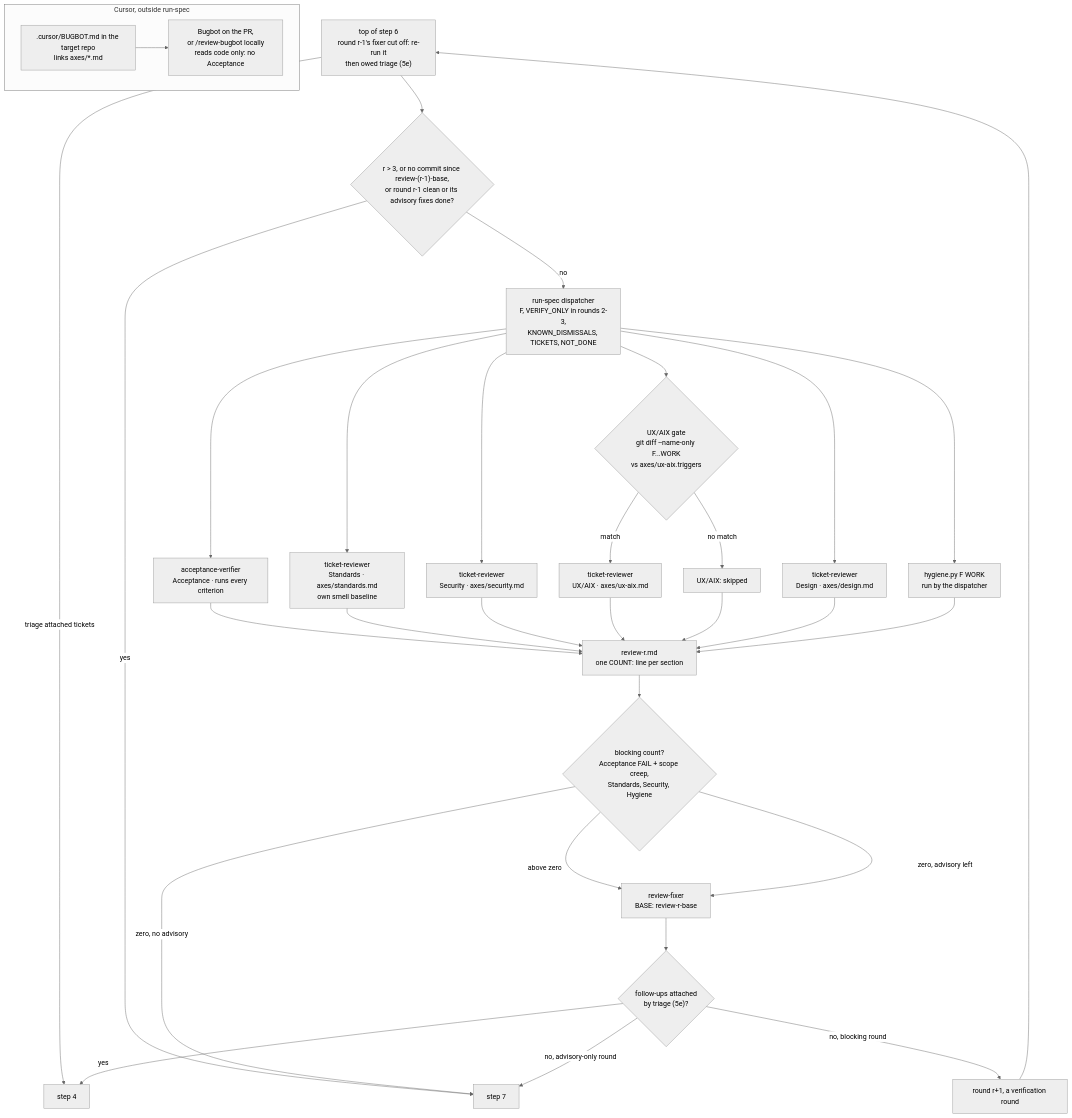
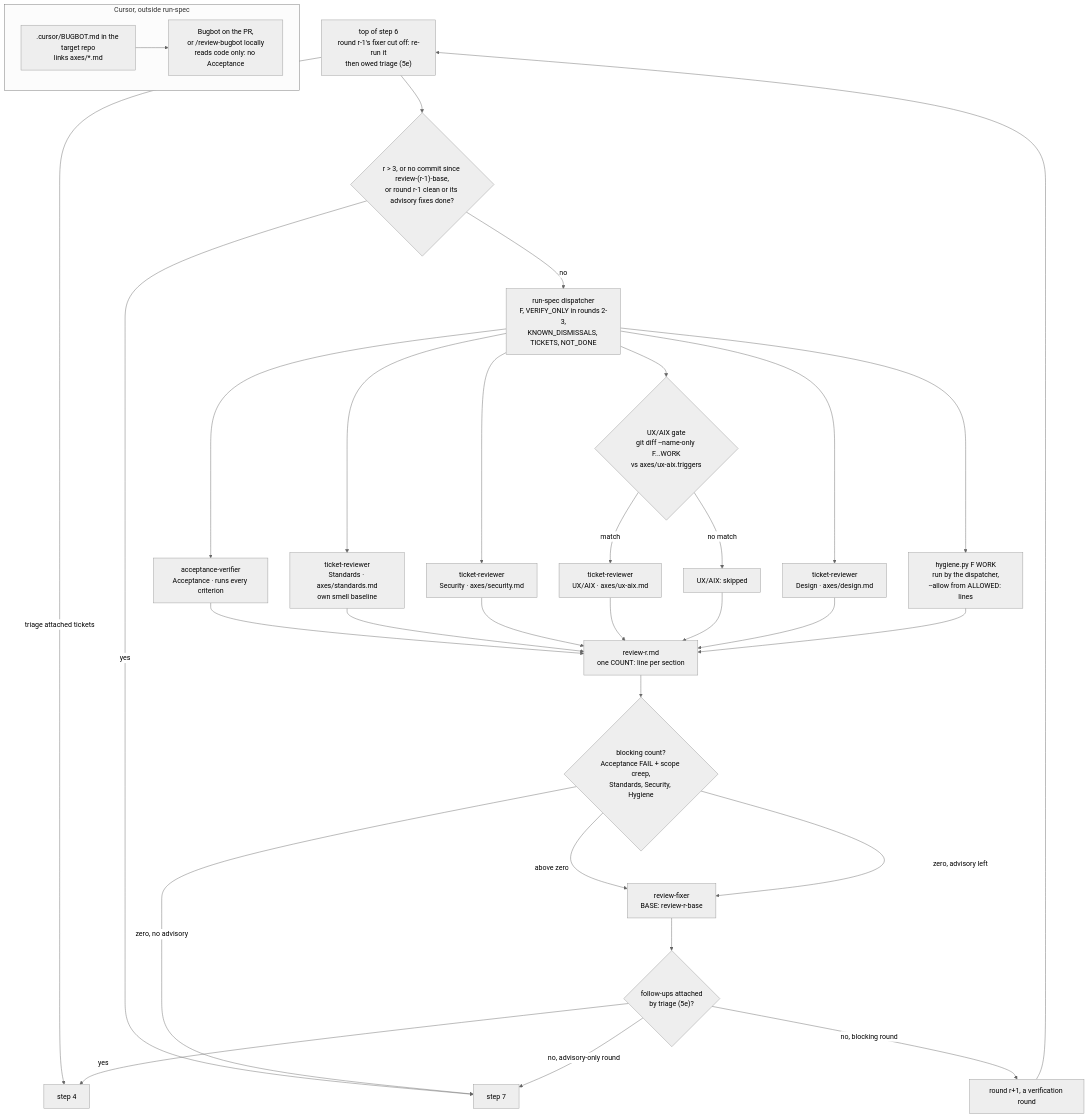
One commit to rodrigorjsf/ai-study-library changed the second of 2 diagrams in ai/skills/run-spec/README.md. Above: the diagram before and after it, drawn with Mermaid (neutral theme). The commit also changed other lines of this file and 13 other files, not shown here.

````diff
--- a/ai/skills/run-spec/README.md
+++ b/ai/skills/run-spec/README.md
@@ -53,27 +53,27 @@
 ```mermaid
 flowchart TB
     TOP["top of step 6<br/>round r-1's fixer cut off: re-run it<br/>then owed triage (5e)"] -- "triage attached tickets" --> S4["step 4"]
     TOP --> SQ{"r > 3, or no commit since review-(r-1)-base,<br/>or round r-1 clean or its advisory fixes done?"}
     SQ -- yes --> S7["step 7"]
     SQ -- no --> D["run-spec dispatcher<br/>F, VERIFY_ONLY in rounds 2-3,<br/>KNOWN_DISMISSALS, TICKETS, NOT_DONE"]
     D --> ACC["acceptance-verifier<br/>Acceptance · runs every criterion"]
     D --> STD["ticket-reviewer<br/>Standards · axes/standards.md<br/>own smell baseline"]
     D --> SEC["ticket-reviewer<br/>Security · axes/security.md"]
     D --> G{"UX/AIX gate<br/>git diff --name-only F...WORK<br/>vs axes/ux-aix.triggers"}
     G -- match --> UX["ticket-reviewer<br/>UX/AIX · axes/ux-aix.md"]
     G -- no match --> SKIP["UX/AIX: skipped"]
     D --> DES["ticket-reviewer<br/>Design · axes/design.md"]
-    D --> HY["hygiene.py F WORK<br/>run by the dispatcher"]
+    D --> HY["hygiene.py F WORK<br/>run by the dispatcher,<br/>--allow from ALLOWED: lines"]
     ACC & STD & SEC & UX & SKIP & DES & HY --> R["review-r.md<br/>one COUNT: line per section"]
     R --> RT{"blocking count?<br/>Acceptance FAIL + scope creep,<br/>Standards, Security, Hygiene"}
     RT -- "zero, no advisory" --> S7
     RT -- "above zero" --> FX["review-fixer<br/>BASE: review-r-base"]
     RT -- "zero, advisory left" --> FX
     FX --> TR{"follow-ups attached<br/>by triage (5e)?"}
     TR -- yes --> S4
     TR -- "no, blocking round" --> NEXT["round r+1, a verification round"] --> TOP
     TR -- "no, advisory-only round" --> S7
     subgraph CURSOR ["Cursor, outside run-spec"]
         BB[".cursor/BUGBOT.md in the target repo<br/>links axes/*.md"] --> BOT["Bugbot on the PR,<br/>or /review-bugbot locally<br/>reads code only: no Acceptance"]
     end
 ```
````
